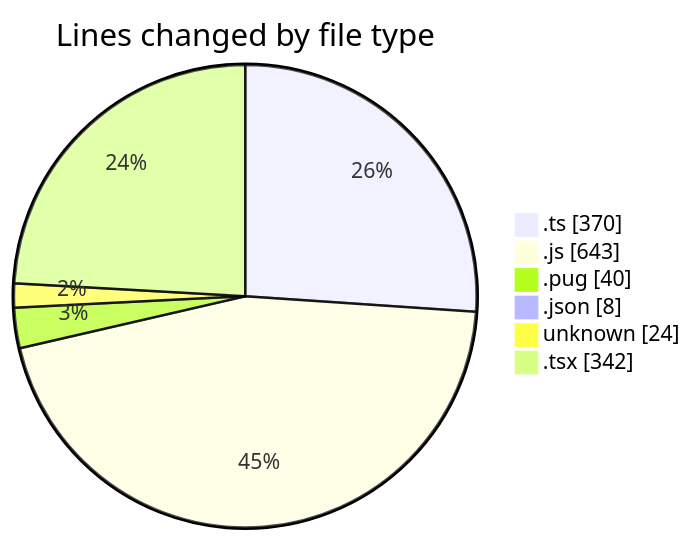
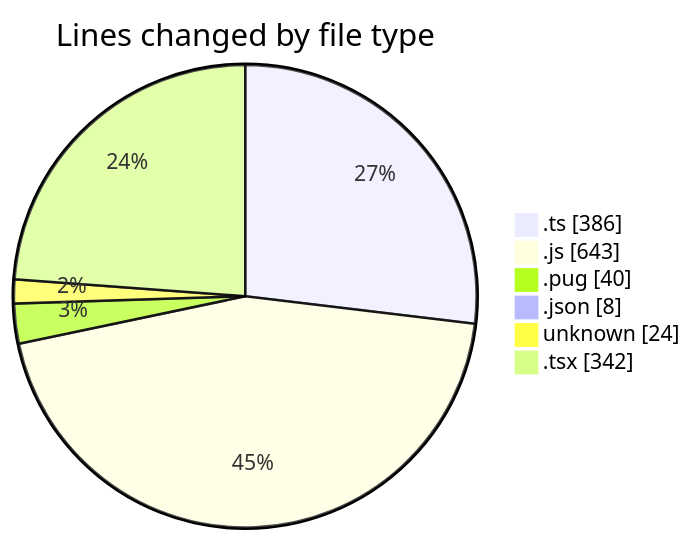
The first of 2 diagrams in 2025-02-25/cda/README.md (momahboobian/code-tracking), drawn with Mermaid before and after one commit. The commit also changed other lines of this file and 1 other file, not shown here.

````diff
--- a/2025-02-25/cda/README.md
+++ b/2025-02-25/cda/README.md
@@ -35,10 +35,10 @@
 ```mermaid
 pie showData
 title Lines changed by file type
-".ts" : 370
+".ts" : 386
 ".js" : 643
 ".pug" : 40
 ".json" : 8
 "unknown" : 24
 ".tsx" : 342
 ```
````
